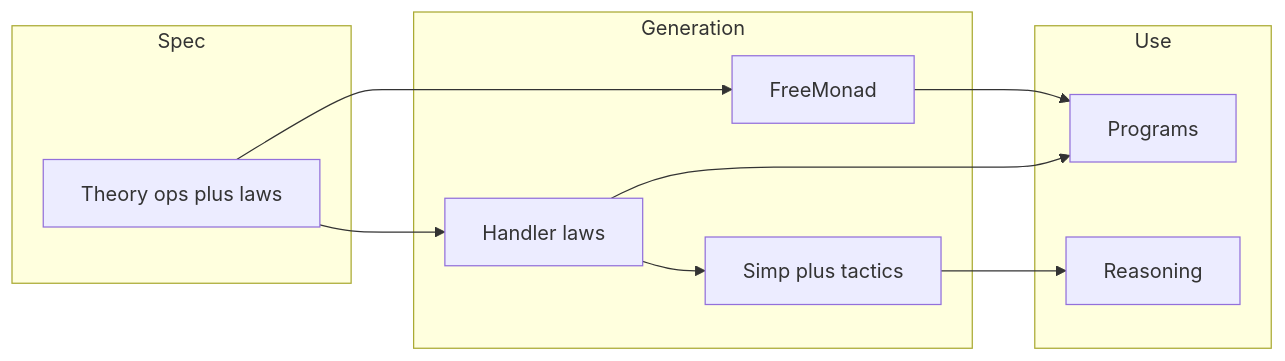
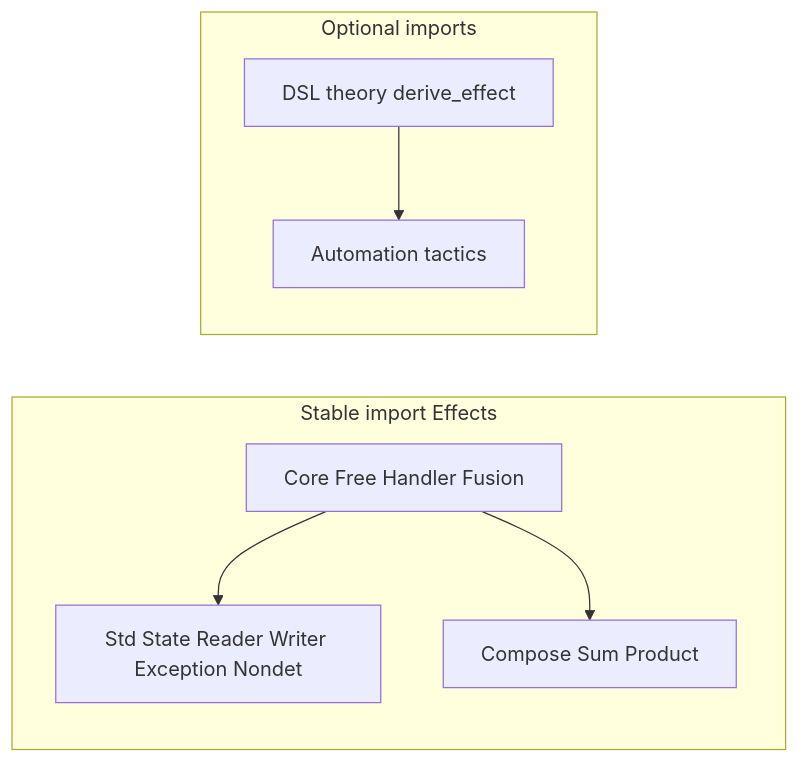
One commit to fraware/lean-effects changed the diagram in README.md. Above: the diagram before and after it, drawn with Mermaid. The commit also changed other lines of this file and 1 other file, not shown here.

````diff
--- a/README.md
+++ b/README.md
@@ -162,21 +162,15 @@
 ```mermaid
 flowchart LR
-  subgraph input [Spec]
-    T[Theory ops plus laws]
+  subgraph stable [Stable import Effects]
+    C[Core Free Handler Fusion]
+    S[Std State Reader Writer Exception Nondet]
+    P[Compose Sum Product]
   end
-  subgraph gen [Generation]
-    F[FreeMonad]
-    H[Handler laws]
-    S[Simp plus tactics]
+  subgraph optional [Optional imports]
+    D[DSL theory derive_effect]
+    A[Automation tactics]
   end
-  subgraph use [Use]
-    P[Programs]
-    R[Reasoning]
-  end
-  T --> F
-  T --> H
-  F --> P
-  H --> P
-  H --> S
-  S --> R
+  C --> S
+  C --> P
+  D --> A
 ```
````
